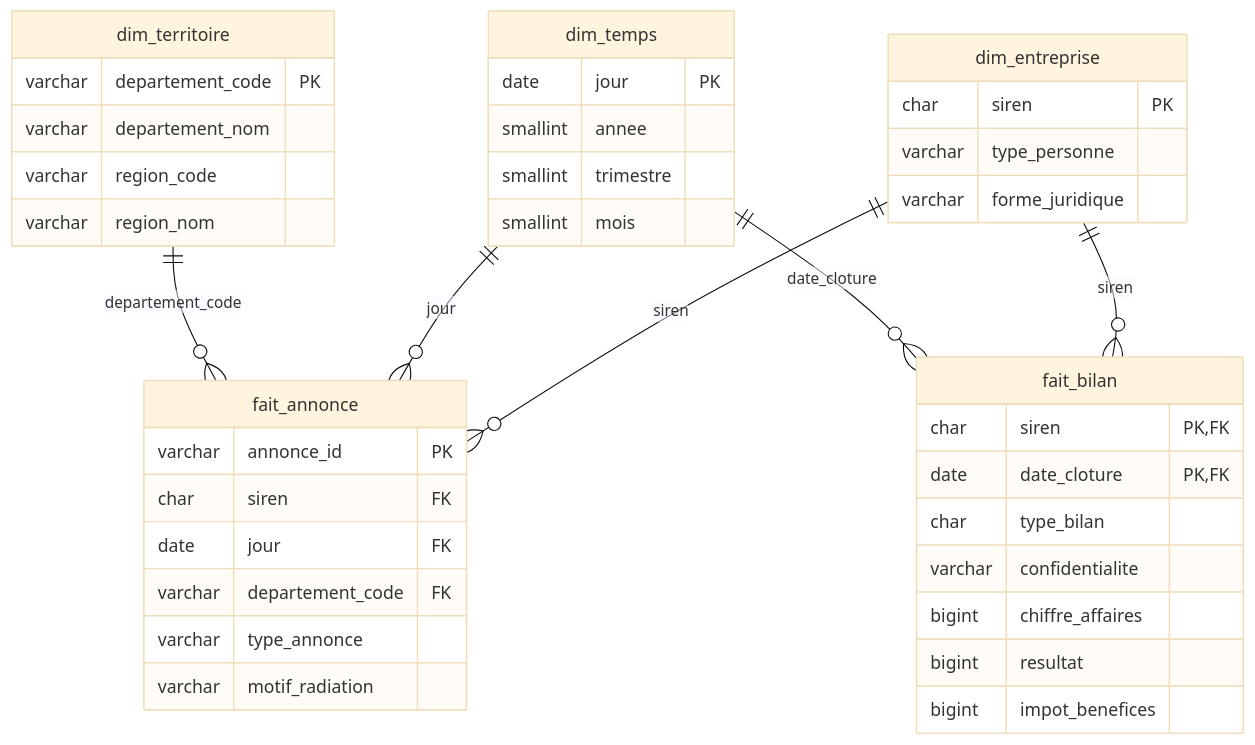
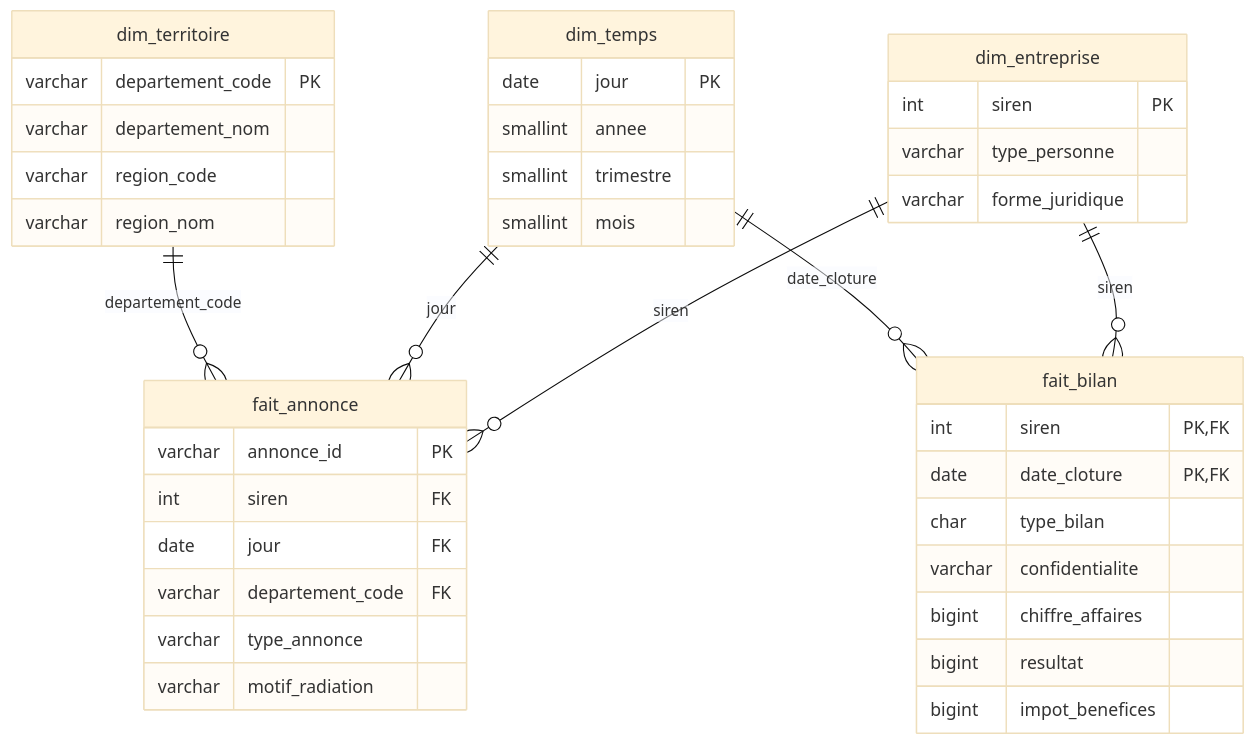
One commit to DavidCarry/Processus-decisionnel-et-modeles-de-donnees changed the fourth of 4 diagrams in exercice-3/README.md. Above: the diagram before and after it, drawn with Mermaid (base theme). The commit also changed other lines of this file and 5 other files, not shown here.

````diff
--- a/exercice-3/README.md
+++ b/exercice-3/README.md
@@ -153,43 +154,43 @@
 ```mermaid
 erDiagram
     dim_entreprise ||--o{ fait_annonce : siren
     dim_entreprise ||--o{ fait_bilan : siren
     dim_temps ||--o{ fait_annonce : jour
     dim_temps ||--o{ fait_bilan : date_cloture
     dim_territoire ||--o{ fait_annonce : departement_code
 
     dim_temps {
         date jour PK
         smallint annee
         smallint trimestre
         smallint mois
     }
     dim_territoire {
         varchar departement_code PK
         varchar departement_nom
         varchar region_code
         varchar region_nom
     }
     dim_entreprise {
-        char siren PK
+        int siren PK
         varchar type_personne
         varchar forme_juridique
     }
     fait_annonce {
         varchar annonce_id PK
-        char siren FK
+        int siren FK
         date jour FK
         varchar departement_code FK
         varchar type_annonce
         varchar motif_radiation
     }
     fait_bilan {
-        char siren PK, FK
+        int siren PK, FK
         date date_cloture PK, FK
         char type_bilan
         varchar confidentialite
         bigint chiffre_affaires
         bigint resultat
         bigint impot_benefices
     }
 ```
````
